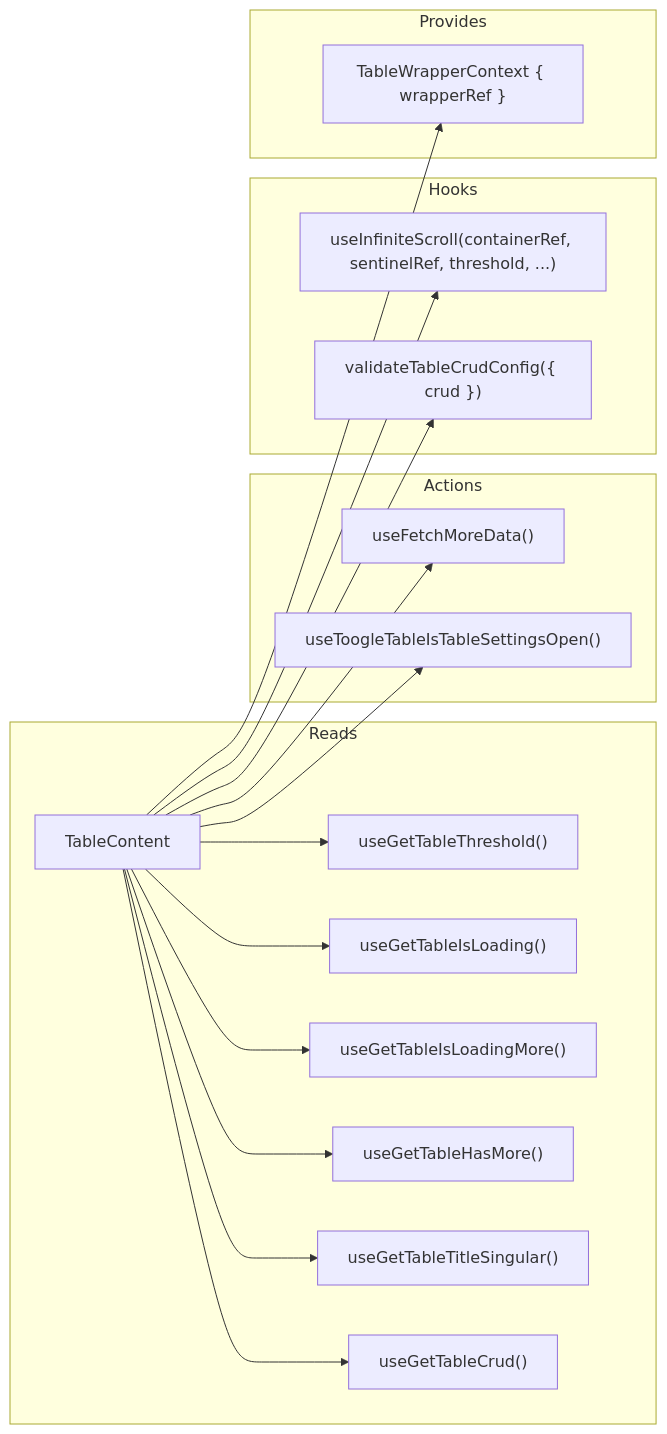
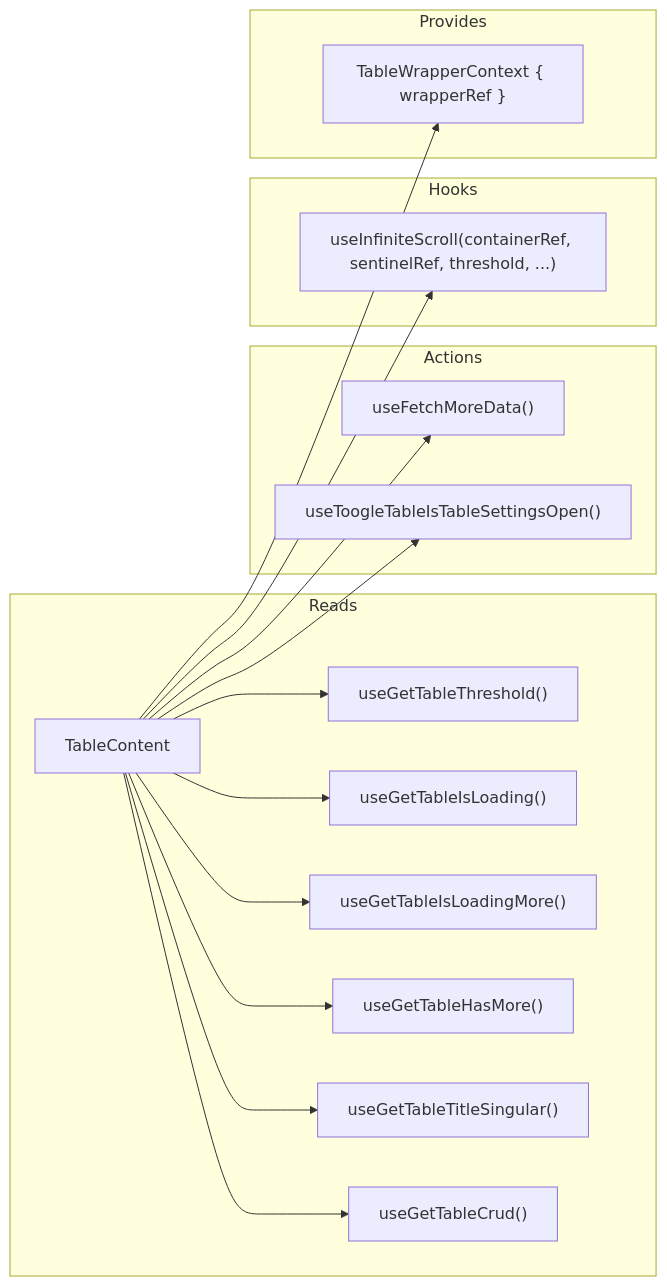
One commit to luciocabrera/lcabrera-stack changed the second of 2 diagrams in packages/ui/src/components/Table/TableContent/ARCHITECTURE.md. Above: the diagram before and after it, drawn with Mermaid. The commit also changed other lines of this file and 40 other files, not shown here.

First line of the commit message:
feat(table): synthesize actions column based on CRUD config

````diff
--- a/packages/ui/src/components/Table/TableContent/ARCHITECTURE.md
+++ b/packages/ui/src/components/Table/TableContent/ARCHITECTURE.md
@@ -49,25 +49,24 @@
 ```mermaid
 graph LR
   subgraph "Reads"
     TC["TableContent"] --> threshold["useGetTableThreshold()"]
     TC --> isLoading["useGetTableIsLoading()"]
     TC --> isLoadingMore["useGetTableIsLoadingMore()"]
     TC --> hasMore["useGetTableHasMore()"]
     TC --> titleSingular["useGetTableTitleSingular()"]
     TC --> crud["useGetTableCrud()"]
   end
 
   subgraph "Actions"
     TC --> fetchMore["useFetchMoreData()"]
     TC --> toggleSettings["useToogleTableIsTableSettingsOpen()"]
   end
 
   subgraph "Hooks"
     TC --> scroll["useInfiniteScroll(containerRef, sentinelRef, threshold, ...)"]
-    TC --> validateCrud["validateTableCrudConfig({ crud })"]
   end
 
   subgraph "Provides"
     TC --> wrapperCtx["TableWrapperContext { wrapperRef }"]
   end
 ```
````
